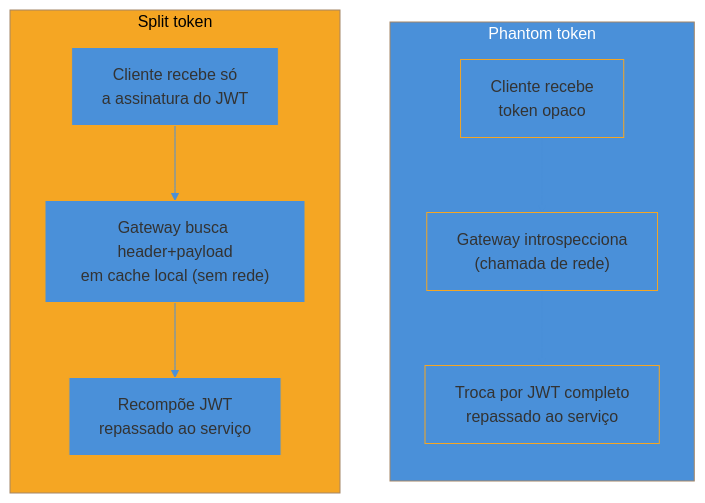
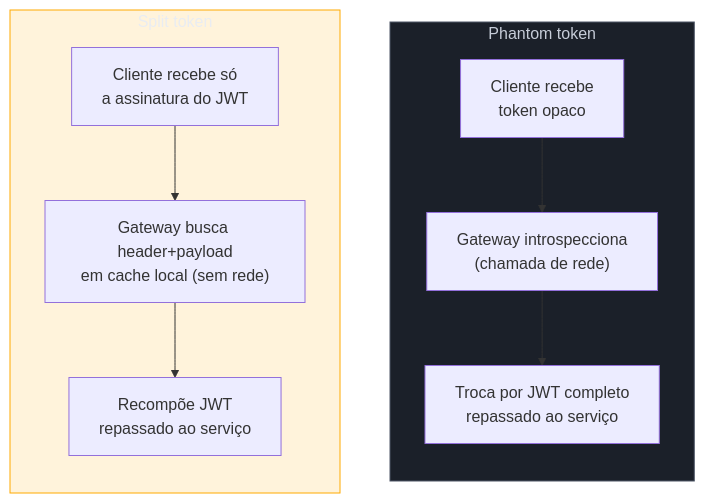
Before and after one commit to josenaldo/codex-technomanticus: the fifth of 5 diagrams in 03-Dominios/Engenharia/Auth e Identidade/3 - Autorização e multi-tenancy/04 - Autorização de API na prática.md, drawn with Mermaid. The commit also changed other lines of this file and 1181 other files, not shown here.

First line of the commit message:
fix(diagramas): paleta do sistema no lugar de cor cravada no markdown

````diff
--- a/03-Dominios/Engenharia/Auth e Identidade/3 - Autorização e multi-tenancy/04 - Autorização de API na prática.md
+++ b/03-Dominios/Engenharia/Auth e Identidade/3 - Autorização e multi-tenancy/04 - Autorização de API na prática.md
@@ -192,17 +191,18 @@
 ```mermaid
-%%{init: {"theme": "base", "themeVariables": {"primaryColor": "#4A90D9", "primaryBorderColor": "#F5A623", "lineColor": "#4A90D9"}}}%%
 graph TD
+    classDef neutro fill:#1B2029,stroke:#4E5666,color:#C6CCD8
+    classDef destaque fill:#FFAA0024,stroke:#FFAA00,color:#E9ECF2
     subgraph Phantom["Phantom token"]
         direction TB
         P1["Cliente recebe<br/>token opaco"] --> P2["Gateway introspecciona<br/>(chamada de rede)"]
         P2 --> P3["Troca por JWT completo<br/>repassado ao serviço"]
     end
     subgraph Split["Split token"]
         direction TB
         S1["Cliente recebe só<br/>a assinatura do JWT"] --> S2["Gateway busca header+payload<br/>em cache local (sem rede)"]
         S2 --> S3["Recompõe JWT<br/>repassado ao serviço"]
     end
 
-    style Phantom fill:#4A90D9,color:#fff
-    style Split fill:#F5A623,color:#000
+    class Phantom neutro
+    class Split destaque
 ```
````
